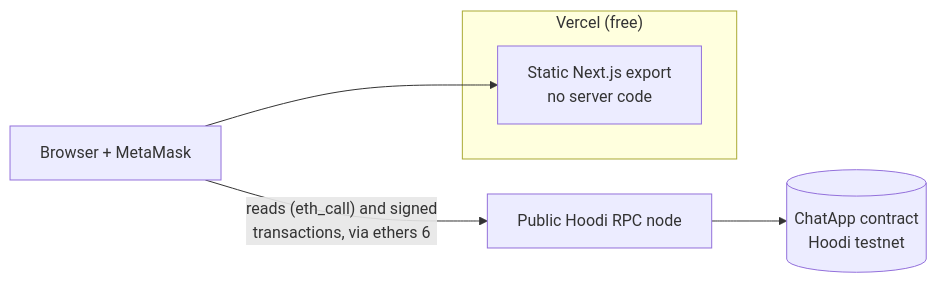
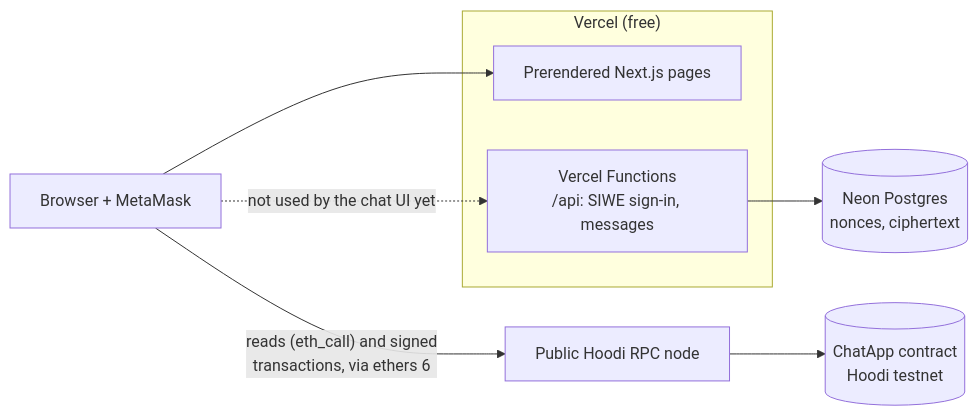
Before and after one commit to A-RYAN-1/node-connect: the first of 2 diagrams in README.md, drawn with Mermaid. The commit also changed other lines of this file and 26 other files, not shown here.

First line of the commit message:
Add backend: Sign-In with Ethereum, ciphertext messages API on Neon, OpenAPI and Swagger UI (#3)

````diff
--- a/README.md
+++ b/README.md
@@ -126,9 +130,12 @@
 ```mermaid
 flowchart LR
     U["Browser + MetaMask"] --> V
     subgraph Vercel["Vercel (free)"]
-        V["Static Next.js export<br/>no server code"]
+        V["Prerendered Next.js pages"]
+        F["Vercel Functions<br/>/api: SIWE sign-in, messages"]
     end
+    F --> N[("Neon Postgres<br/>nonces, ciphertext")]
+    U -. "not used by the chat UI yet" .-> F
     U -- "reads (eth_call) and signed<br/>transactions, via ethers 6" --> R["Public Hoodi RPC node"]
     R --> C[("ChatApp contract<br/>Hoodi testnet")]
 ```
````
